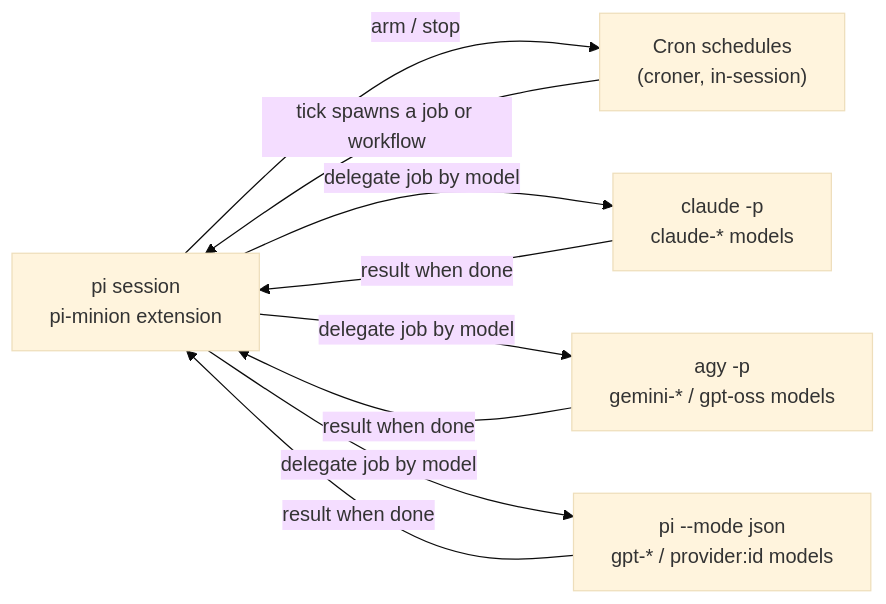
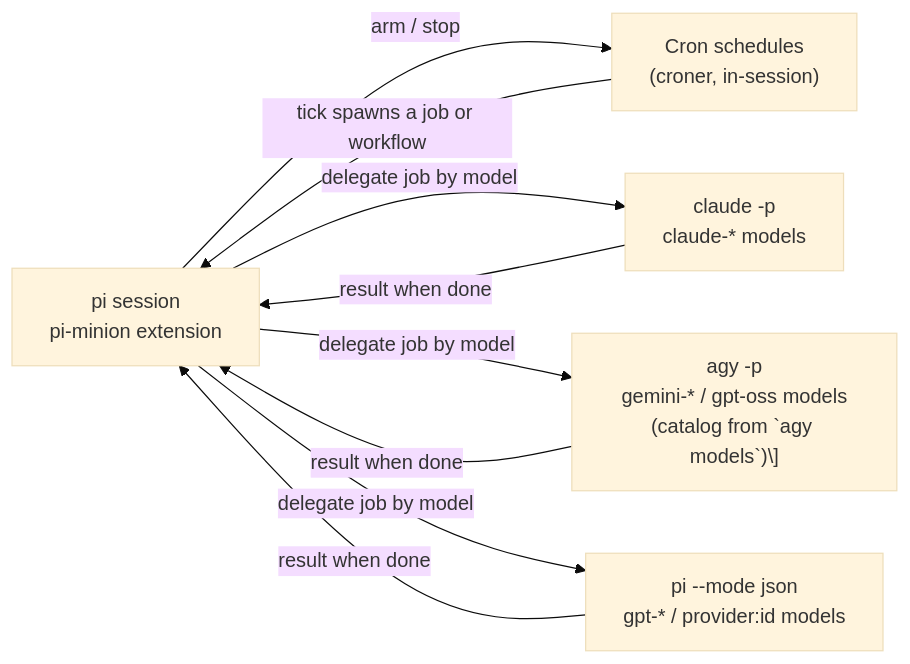
Before and after one commit to junkfactory/pi-minion: the diagram in README.md, drawn with Mermaid (base theme). The commit also changed other lines of this file and 9 other files, not shown here.

````diff
--- a/README.md
+++ b/README.md
@@ -9,17 +9,17 @@
 ```mermaid
 flowchart LR
     pi["pi session<br/>pi-minion extension"]
     sched["Cron schedules<br/>(croner, in-session)"]
     claude["claude -p<br/>claude-* models"]
-    agy["agy -p<br/>gemini-* / gpt-oss models"]
+    agy["agy -p<br/>gemini-* / gpt-oss models<br/>(catalog from `agy models`)\]"]
     piminion["pi --mode json<br/>gpt-* / provider:id models"]
 
     pi -->|arm / stop| sched
     sched -->|tick spawns a job or workflow| pi
     pi -->|delegate job by model| claude
     pi -->|delegate job by model| agy
     pi -->|delegate job by model| piminion
     claude -->|result when done| pi
     agy -->|result when done| pi
     piminion -->|result when done| pi
 ```
````
